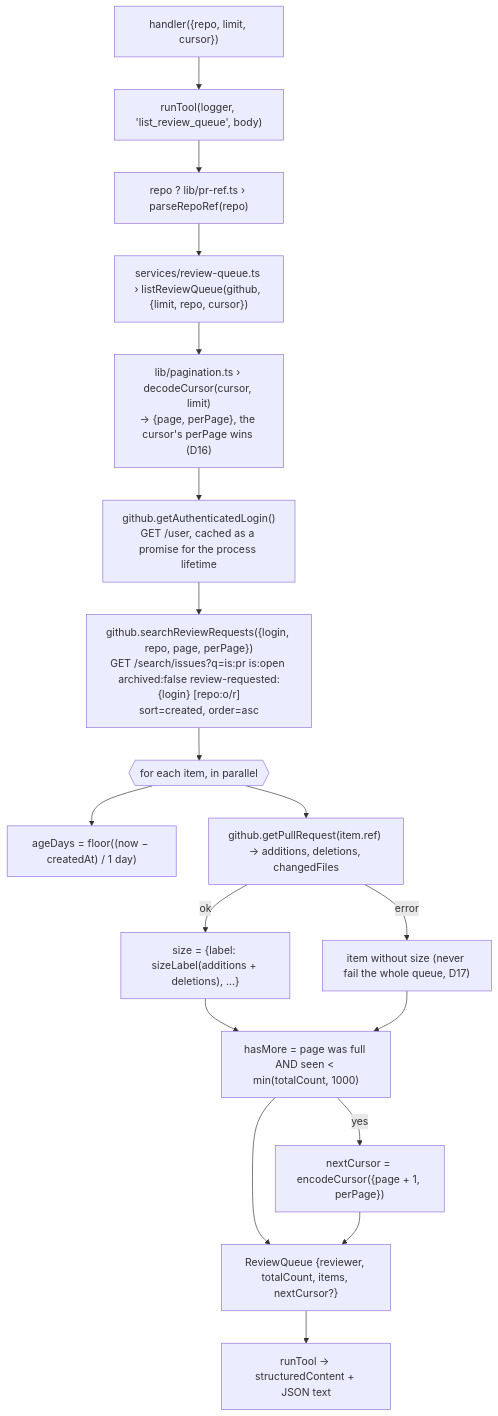
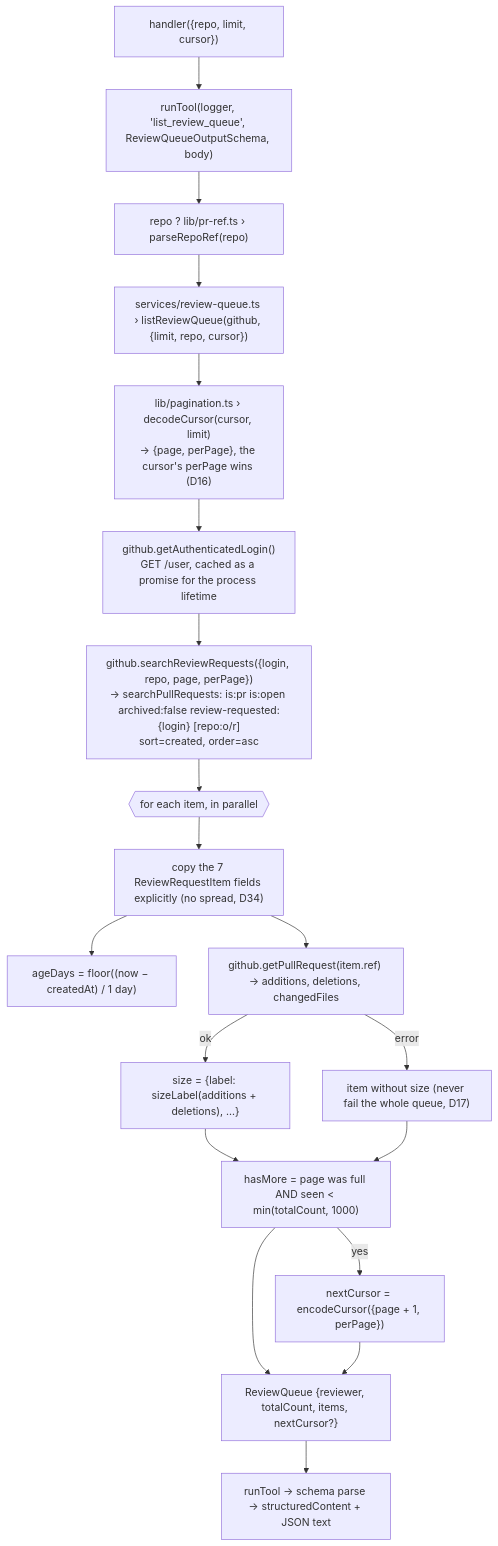
Before and after one commit to Kaushal-SF/MCP_Demo: the seventh of 15 diagrams in Flow.md, drawn with Mermaid. The commit also changed other lines of this file and 49 other files, not shown here.

````diff
--- a/Flow.md
+++ b/Flow.md
@@ -187,19 +234,20 @@
 ```mermaid
 flowchart TD
-    A["handler({repo, limit, cursor})"] --> B["runTool(logger, 'list_review_queue', body)"]
+    A["handler({repo, limit, cursor})"] --> B["runTool(logger, 'list_review_queue', ReviewQueueOutputSchema, body)"]
     B --> C["repo ? lib/pr-ref.ts › parseRepoRef(repo)"]
     C --> D["services/review-queue.ts › listReviewQueue(github, {limit, repo, cursor})"]
     D --> E["lib/pagination.ts › decodeCursor(cursor, limit)<br/>→ {page, perPage}, the cursor's perPage wins (D16)"]
     E --> F["github.getAuthenticatedLogin()<br/>GET /user, cached as a promise for the process lifetime"]
-    F --> G["github.searchReviewRequests({login, repo, page, perPage})<br/>GET /search/issues?q=is:pr is:open archived:false review-requested:{login} [repo:o/r]<br/>sort=created, order=asc"]
+    F --> G["github.searchReviewRequests({login, repo, page, perPage})<br/>→ searchPullRequests: is:pr is:open archived:false review-requested:{login} [repo:o/r]<br/>sort=created, order=asc"]
     G --> H{{"for each item, in parallel"}}
-    H --> I["ageDays = floor((now − createdAt) / 1 day)"]
-    H --> J["github.getPullRequest(item.ref) → additions, deletions, changedFiles"]
+    H --> H0["copy the 7 ReviewRequestItem fields explicitly (no spread, D34)"]
+    H0 --> I["ageDays = floor((now − createdAt) / 1 day)"]
+    H0 --> J["github.getPullRequest(item.ref) → additions, deletions, changedFiles"]
     J -->|ok| K["size = {label: sizeLabel(additions + deletions), …}"]
     J -->|error| K2["item without size (never fail the whole queue, D17)"]
     K & K2 --> L["hasMore = page was full AND seen < min(totalCount, 1000)"]
     L -->|yes| M["nextCursor = encodeCursor({page + 1, perPage})"]
     L --> N["ReviewQueue {reviewer, totalCount, items, nextCursor?}"]
     M --> N
-    N --> O["runTool → structuredContent + JSON text"]
+    N --> O["runTool → schema parse → structuredContent + JSON text"]
 ```
````
